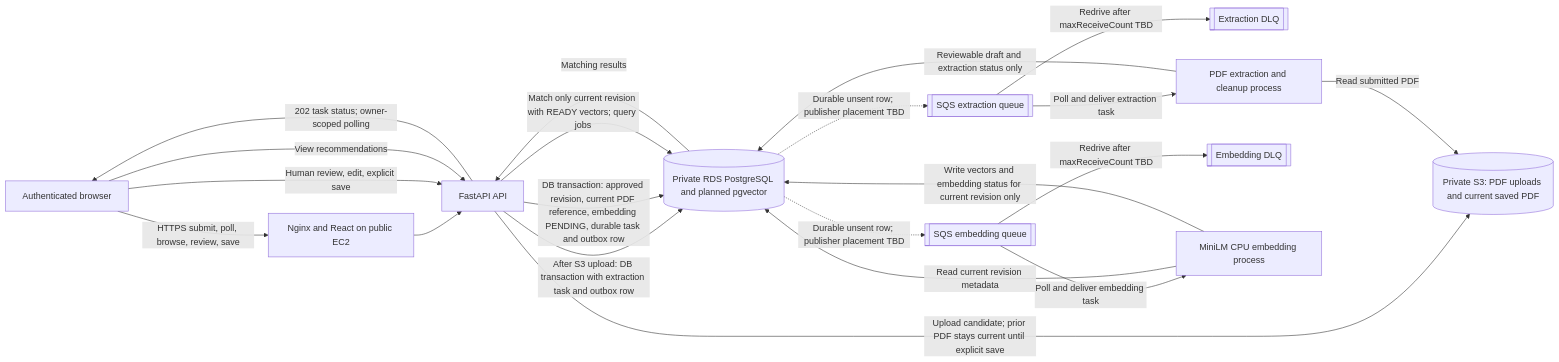
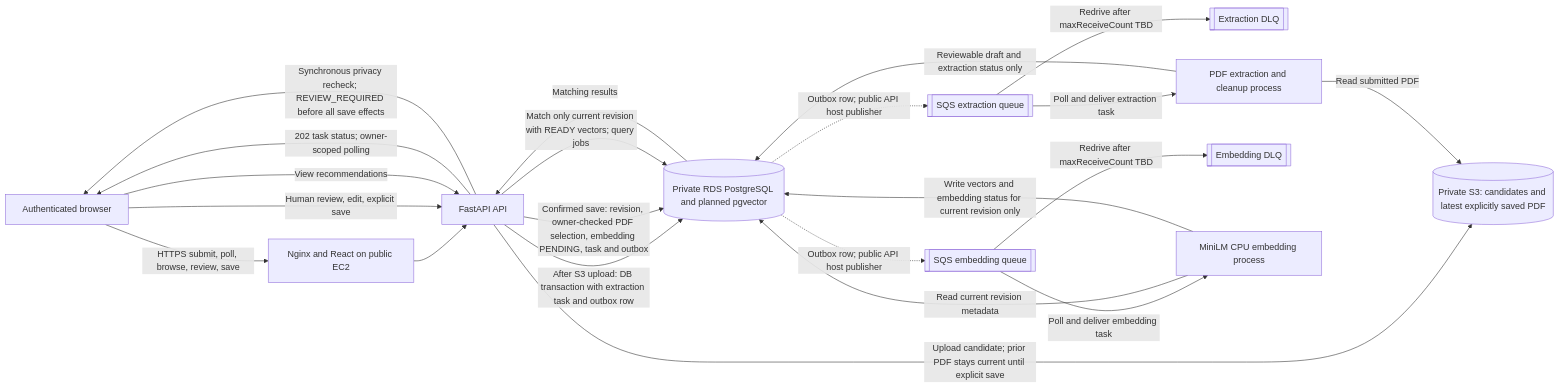
Before and after one commit to BrownBOBAsushi/INF2006-P1-G6: the first of 2 diagrams in docs/diagrams/cloud-architecture.md, drawn with Mermaid. The commit also changed other lines of this file and 21 other files, not shown here.

````diff
--- a/docs/diagrams/cloud-architecture.md
+++ b/docs/diagrams/cloud-architecture.md
@@ -7,35 +7,36 @@
 ```mermaid
 flowchart LR
   B[Authenticated browser]
   API[FastAPI API]
   N[Nginx and React on public EC2]
-  S3[(Private S3: PDF uploads and current saved PDF)]
+  S3[(Private S3: candidates and latest explicitly saved PDF)]
   DB[(Private RDS PostgreSQL and planned pgvector)]
   EQ[[SQS extraction queue]]
   EDQ[[Extraction DLQ]]
   X[PDF extraction and cleanup process]
   V[[SQS embedding queue]]
   VDQ[[Embedding DLQ]]
   E[MiniLM CPU embedding process]
 
   B -->|HTTPS submit, poll, browse, review, save| N
   N --> API
   API -->|Upload candidate; prior PDF stays current until explicit save| S3
   API -->|After S3 upload: DB transaction with extraction task and outbox row| DB
-  DB -.->|Durable unsent row; publisher placement TBD| EQ
+  DB -.->|Outbox row; public API host publisher| EQ
   API -->|202 task status; owner-scoped polling| B
   EQ -->|Poll and deliver extraction task| X
   X -->|Read submitted PDF| S3
   X -->|Reviewable draft and extraction status only| DB
   EQ -->|Redrive after maxReceiveCount TBD| EDQ
   B -->|Human review, edit, explicit save| API
-  API -->|DB transaction: approved revision, current PDF reference, embedding PENDING, durable task and outbox row| DB
-  DB -.->|Durable unsent row; publisher placement TBD| V
+  API -->|Synchronous privacy recheck; REVIEW_REQUIRED before all save effects| B
+  API -->|Confirmed save: revision, owner-checked PDF selection, embedding PENDING, task and outbox| DB
+  DB -.->|Outbox row; public API host publisher| V
   V -->|Poll and deliver embedding task| E
   E -->|Read current revision metadata| DB
   E -->|Write vectors and embedding status for current revision only| DB
   V -->|Redrive after maxReceiveCount TBD| VDQ
   B -->|View recommendations| API
   API -->|Match only current revision with READY vectors; query jobs| DB
   DB -->|Matching results| API
 ```
````
